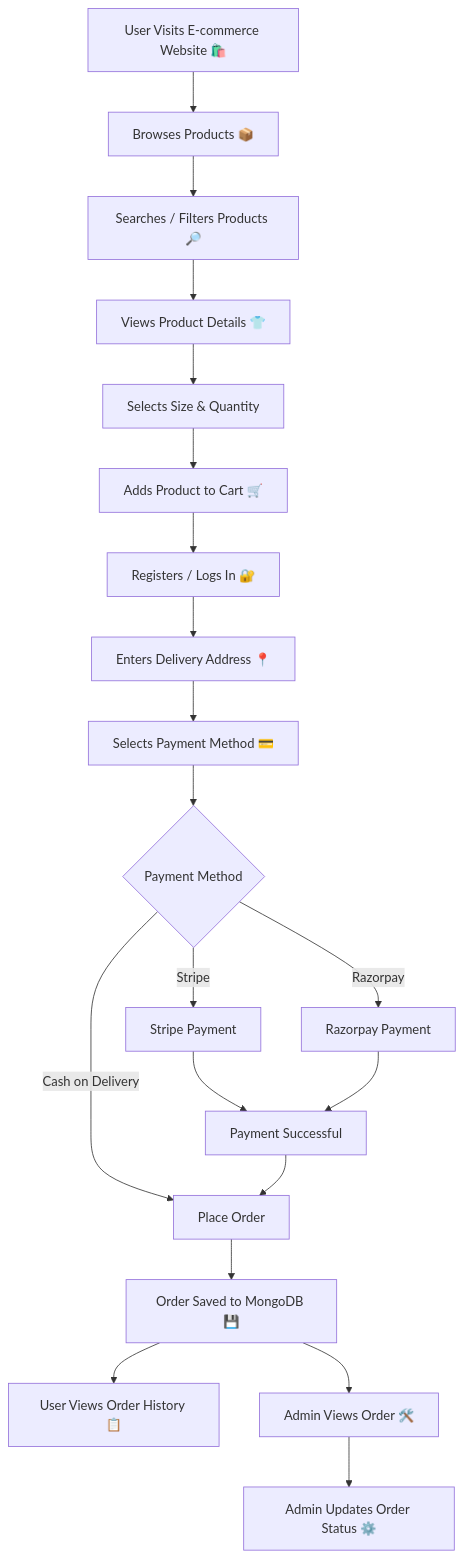
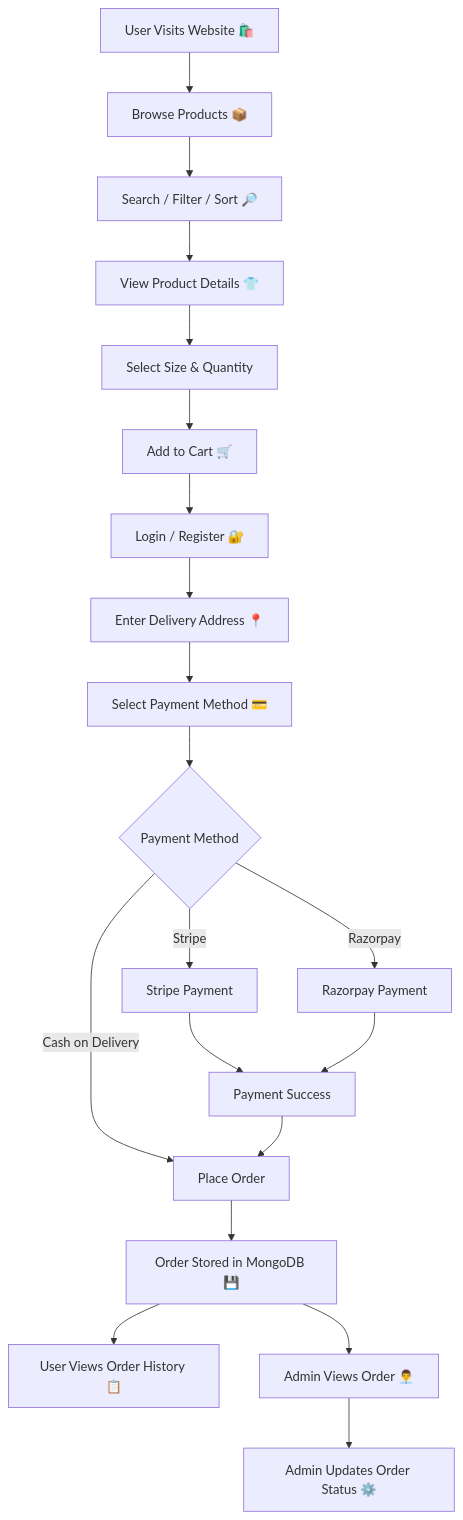
One commit to VarshaChintapatla/ecomerce-website changed the first of 2 diagrams in README.md. Above: the diagram before and after it, drawn with Mermaid. The commit also changed other lines of this file, not shown here.

````diff
--- a/README.md
+++ b/README.md
@@ -136,26 +168,41 @@
 ```mermaid
 flowchart TD
 
-    A[User Visits E-commerce Website 🛍️] --> B[Browses Products 📦]
-    B --> C[Searches / Filters Products 🔎]
-    C --> D[Views Product Details 👕]
-    D --> E[Selects Size & Quantity]
-    E --> F[Adds Product to Cart 🛒]
-    F --> G[Registers / Logs In 🔐]
-    G --> H[Enters Delivery Address 📍]
-    H --> I[Selects Payment Method 💳]
+    A[User Visits Website 🛍️] --> B[Browse Products 📦]
+
+    B --> C[Search / Filter / Sort 🔎]
+
+    C --> D[View Product Details 👕]
+
+    D --> E[Select Size & Quantity]
+
+    E --> F[Add to Cart 🛒]
+
+    F --> G[Login / Register 🔐]
+
+    G --> H[Enter Delivery Address 📍]
+
+    H --> I[Select Payment Method 💳]
+
     I --> J{Payment Method}
 
     J -->|Cash on Delivery| K[Place Order]
+
     J -->|Stripe| L[Stripe Payment]
+
     J -->|Razorpay| M[Razorpay Payment]
 
-    L --> N[Payment Successful]
+    L --> N[Payment Success]
+
     M --> N
+
     N --> K
 
-    K --> O[Order Saved to MongoDB 💾]
+    K --> O[Order Stored in MongoDB 💾]
+
     O --> P[User Views Order History 📋]
-    O --> Q[Admin Views Order 🛠️]
+
+    O --> Q[Admin Views Order 👨‍💼]
+
     Q --> R[Admin Updates Order Status ⚙️]
 ```
````
